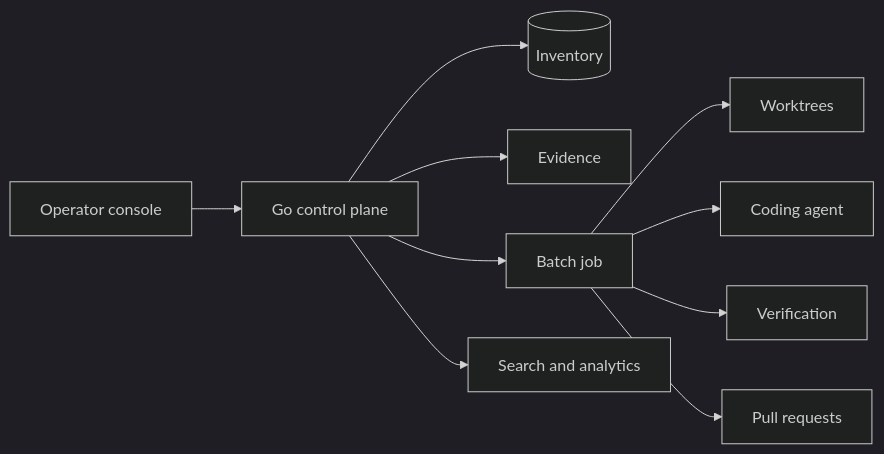
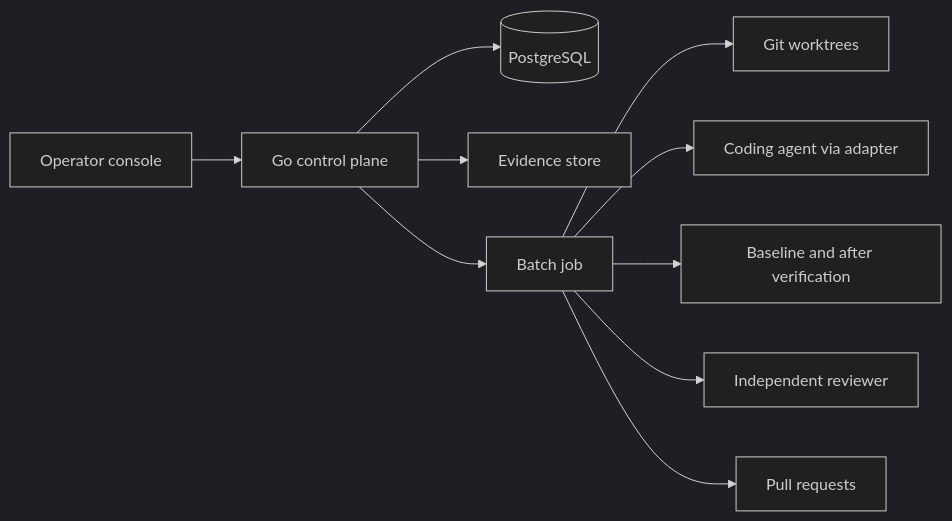
One commit to binartist/about-me changed the diagram in src/en/products/defect_drainer.md. Above: the diagram before and after it, drawn with Mermaid (dark theme). The commit also changed other lines of this file and 8 other files, not shown here.

````diff
--- a/src/en/products/defect_drainer.md
+++ b/src/en/products/defect_drainer.md
@@ -26,12 +27,12 @@
 ```mermaid
 flowchart LR
   Console[Operator console] --> API[Go control plane]
-  API --> Inv[(Inventory)]
-  API --> Evidence[Evidence]
+  API --> DB[(PostgreSQL)]
+  API --> Evidence[Evidence store]
   API --> Batch[Batch job]
-  Batch --> WT[Worktrees]
-  Batch --> Agent[Coding agent]
-  Batch --> Verify[Verification]
+  Batch --> WT[Git worktrees]
+  Batch --> Agent[Coding agent via adapter]
+  Batch --> Verify[Baseline and after verification]
+  Batch --> Review[Independent reviewer]
   Batch --> PR[Pull requests]
-  API --> Search[Search and analytics]
 ```
````
